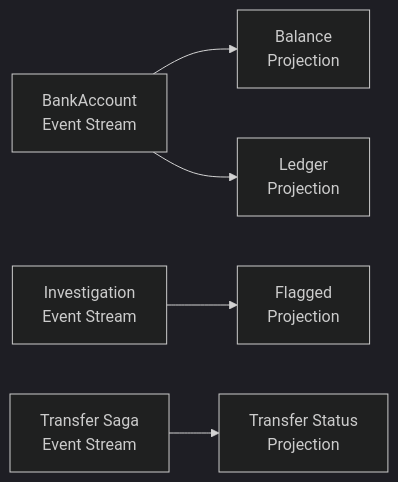
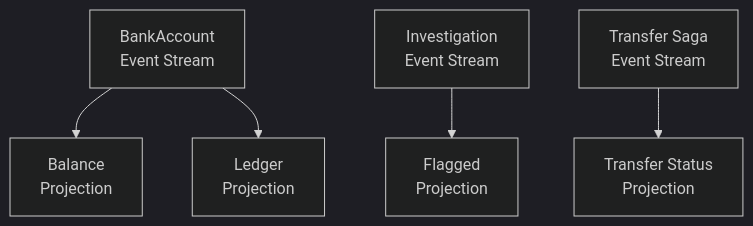
Before and after one commit to Gibbs-Morris/mississippi: the diagram in docs/Docusaurus/docs/samples/spring-sample/tutorials/building-projections.md, drawn with Mermaid (dark theme). The commit also changed 21 other files, not shown here.

Commit message:
Change flowchart LR to flowchart TB for diagrams with >4 nodes +semver: skip

````diff
--- a/docs/Docusaurus/docs/samples/spring-sample/tutorials/building-projections.md
+++ b/docs/Docusaurus/docs/samples/spring-sample/tutorials/building-projections.md
@@ -24,7 +24,7 @@
 ```mermaid
-flowchart LR
+flowchart TB
     BankStream["BankAccount\nEvent Stream"] --> Balance["Balance\nProjection"]
     BankStream --> Ledger["Ledger\nProjection"]
     CompStream["Investigation\nEvent Stream"] --> Flagged["Flagged\nProjection"]
     SagaStream["Transfer Saga\nEvent Stream"] --> Status["Transfer Status\nProjection"]
 ```
````
